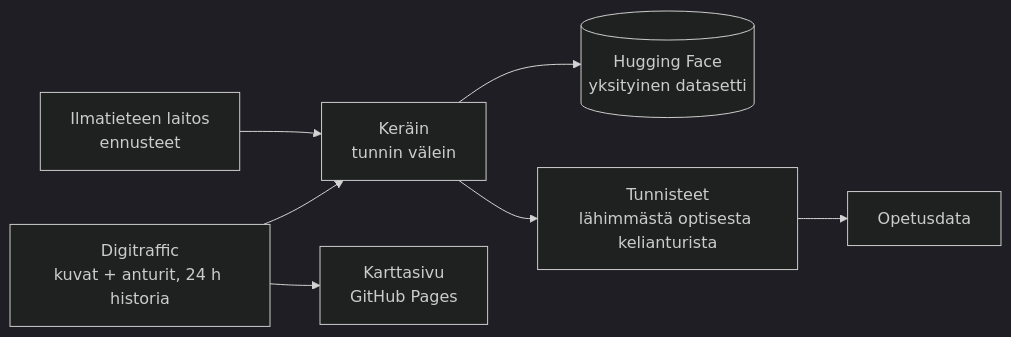
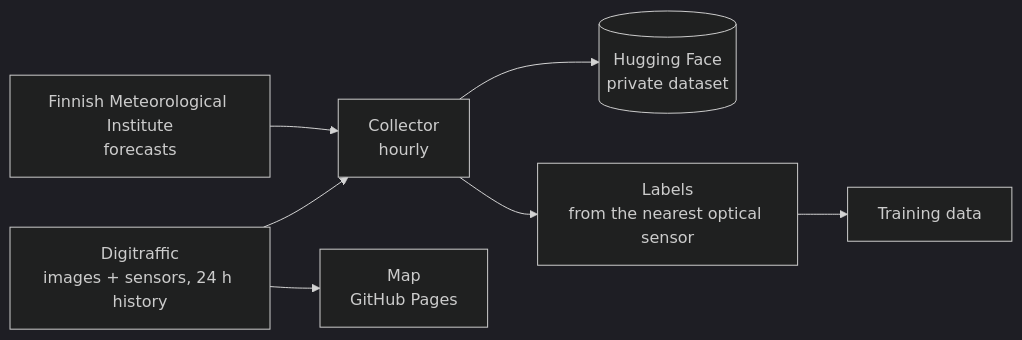
One commit to petudesign/kelikamera changed the diagram in README.md. Above: the diagram before and after it, drawn with Mermaid (dark theme). The commit also changed other lines of this file and 1 other file, not shown here.

````diff
--- a/README.md
+++ b/README.md
@@ -15,9 +15,9 @@
 ```mermaid
 flowchart LR
-  A[Digitraffic<br>kuvat + anturit, 24 h historia] --> B[Keräin<br>tunnin välein]
-  F[Ilmatieteen laitos<br>ennusteet] --> B
-  B --> C[(Hugging Face<br>yksityinen datasetti)]
-  B --> D[Tunnisteet<br>lähimmästä optisesta kelianturista]
-  D --> E[Opetusdata]
-  A --> G[Karttasivu<br>GitHub Pages]
+  A[Digitraffic<br>images + sensors, 24 h history] --> B[Collector<br>hourly]
+  F[Finnish Meteorological Institute<br>forecasts] --> B
+  B --> C[(Hugging Face<br>private dataset)]
+  B --> D[Labels<br>from the nearest optical sensor]
+  D --> E[Training data]
+  A --> G[Map<br>GitHub Pages]
 ```
````
